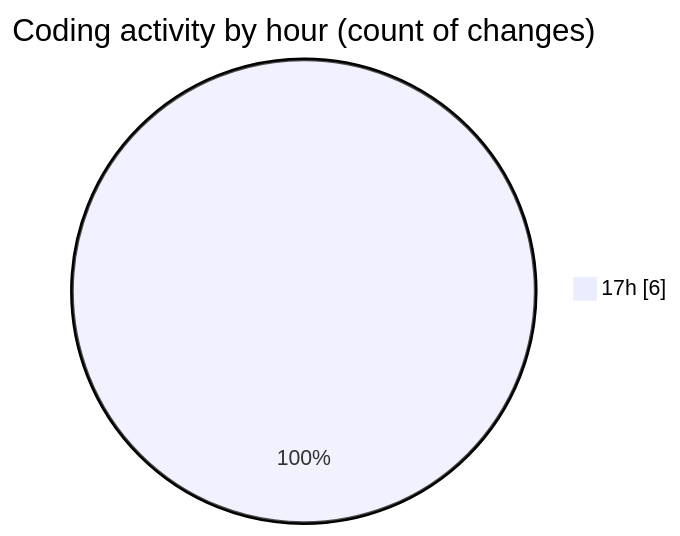
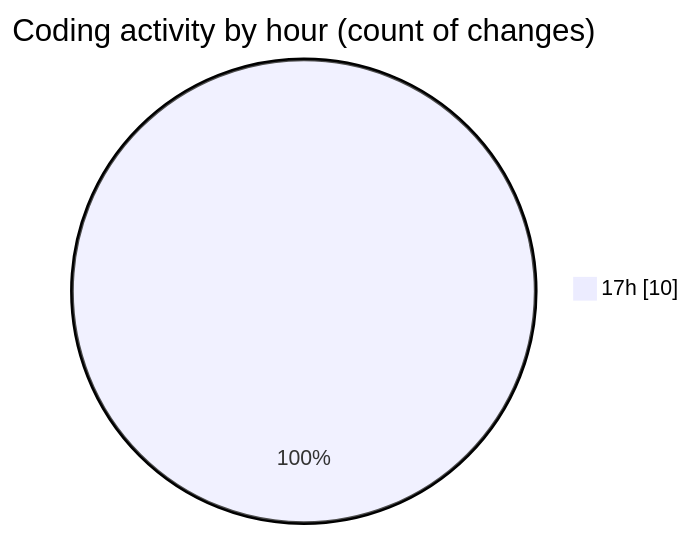
One commit to EIIisD/code-tracking changed the second of 2 diagrams in 2025-08-03/tts/README.md. Above: the diagram before and after it, drawn with Mermaid. The commit also changed other lines of this file and 1 other file, not shown here.

````diff
--- a/2025-08-03/tts/README.md
+++ b/2025-08-03/tts/README.md
@@ -29,5 +29,5 @@
 ```mermaid
 pie showData
 title Coding activity by hour (count of changes)
-"17h" : 6
+"17h" : 10
 ```
````
